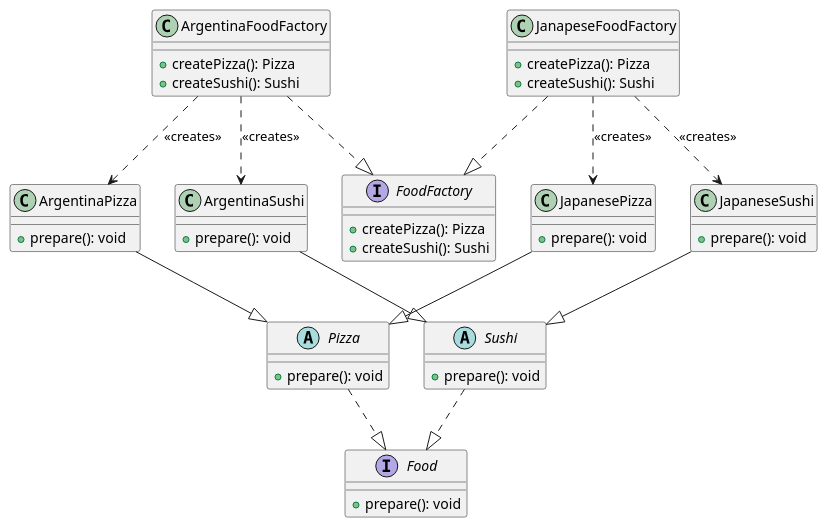
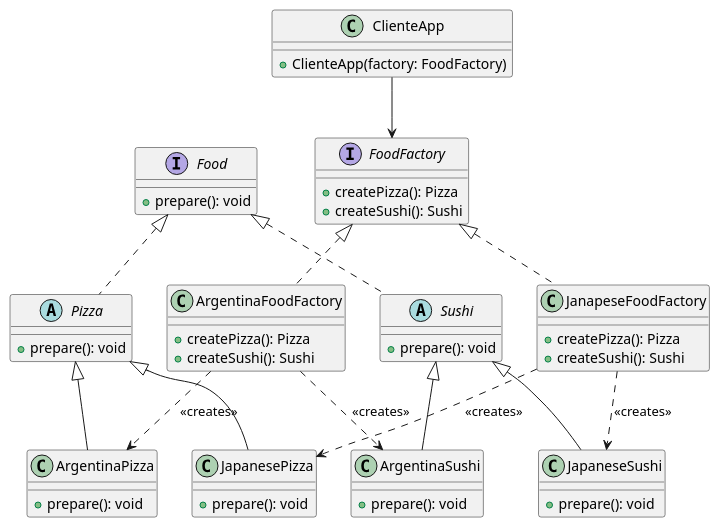
The second of 3 diagrams in AyudasSubidasAGithub/T_Patrones_JS.md (Byron2016/00_Documentacion_AyudasSubidasAGithub), drawn with PlantUML before and after one commit. The commit also changed other lines of this file, not shown here.

Commit message:
refactor: t_patrones_js

````diff
--- a/AyudasSubidasAGithub/T_Patrones_JS.md
+++ b/AyudasSubidasAGithub/T_Patrones_JS.md
@@ -254,67 +254,75 @@
   ```plantuml
       @startuml
       skinparam style strict
 
       ' 1. Interfaces y Clases de Productos Abstractos
       interface Food {
         + prepare(): void
       }
 
       abstract class Pizza {
         + prepare(): void
       }
-      Pizza ..|> Food
+      Food <|.. Pizza
 
       abstract class Sushi {
         + prepare(): void
       }
-      Sushi ..|> Food
+      Food <|.. Sushi
 
       ' 2. Interfaz de Fábrica Abstracta
       interface FoodFactory {
         + createPizza(): Pizza
         + createSushi(): Sushi
       }
 
       ' 3. Productos Concretos (Extendiendo Clases Base)
 
       class ArgentinaPizza {
         + prepare(): void
       }
-      ArgentinaPizza --|> Pizza
+      Pizza <|-- ArgentinaPizza
 
       class ArgentinaSushi {
         + prepare(): void
       }
-      ArgentinaSushi --|> Sushi
+      Sushi <|-- ArgentinaSushi
 
       class JapanesePizza {
         + prepare(): void
       }
-      JapanesePizza --|> Pizza
+      Pizza <|-- JapanesePizza
 
       class JapaneseSushi {
         + prepare(): void
       }
-      JapaneseSushi --|> Sushi
+      Sushi <|-- JapaneseSushi
 
       ' 4. Fábricas Concretas (Implementando FoodFactory)
 
       class ArgentinaFoodFactory {
         + createPizza(): Pizza
         + createSushi(): Sushi
       }
-      ArgentinaFoodFactory ..|> FoodFactory
-      ArgentinaFoodFactory ..> ArgentinaPizza : <<creates>>
-      ArgentinaFoodFactory ..> ArgentinaSushi : <<creates>>
+      FoodFactory <|.. ArgentinaFoodFactory
 
       class JanapeseFoodFactory {
         + createPizza(): Pizza
         + createSushi(): Sushi
       }
-      JanapeseFoodFactory ..|> FoodFactory
+      FoodFactory <|.. JanapeseFoodFactory
+
+      class ClienteApp {
+        + ClienteApp(factory: FoodFactory)
+      }
+
+      ClienteApp --> FoodFactory
+
+
+      ArgentinaFoodFactory ..> ArgentinaPizza : <<creates>>
+      ArgentinaFoodFactory ..> ArgentinaSushi : <<creates>>
       JanapeseFoodFactory ..> JapanesePizza : <<creates>>
       JanapeseFoodFactory ..> JapaneseSushi : <<creates>>
 
       @enduml
   ```
````
